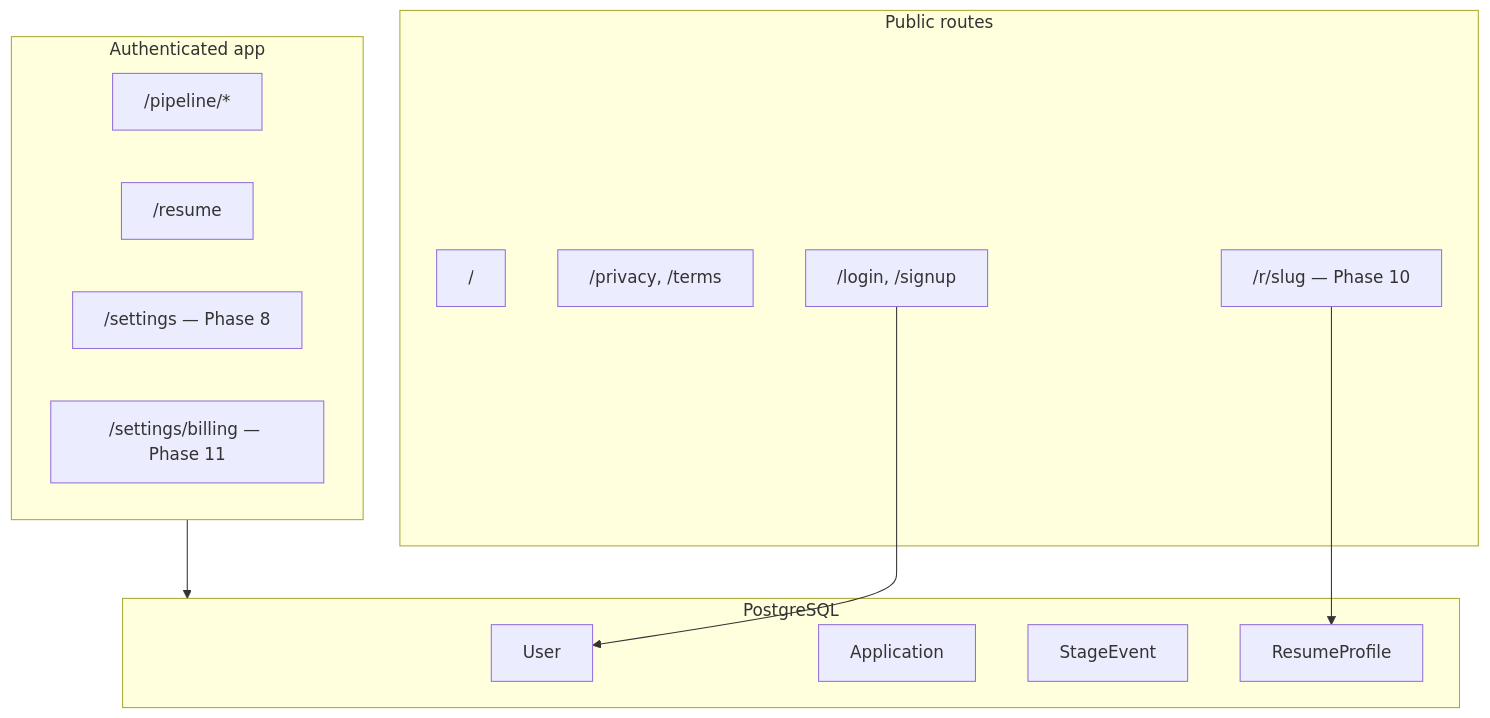
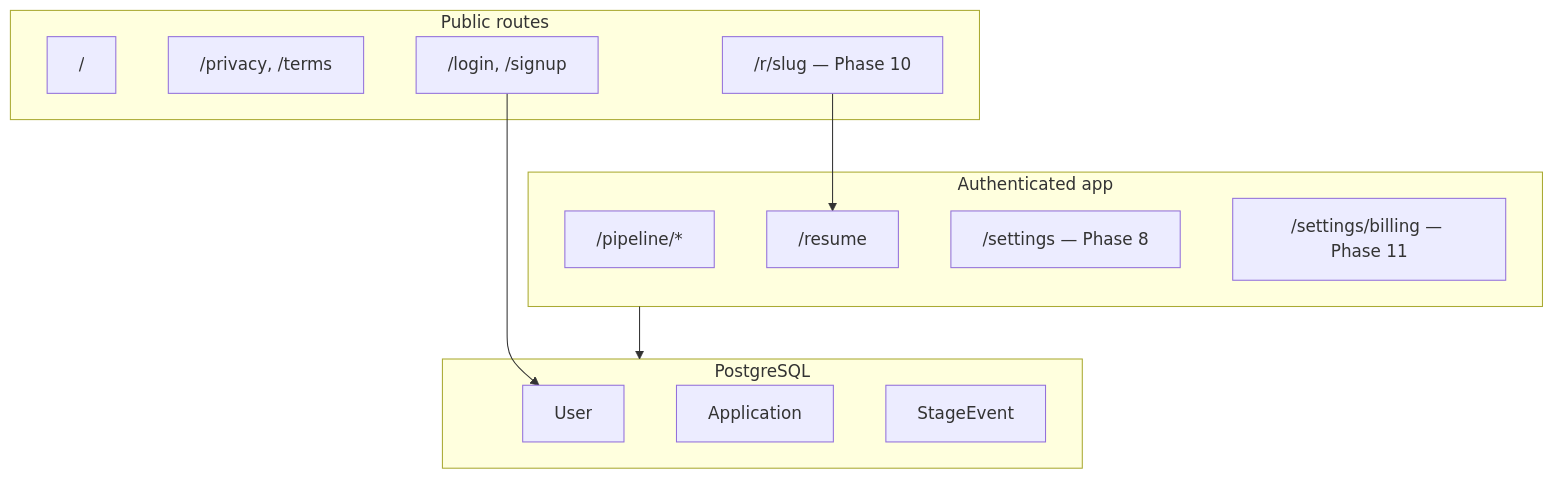
One commit to WebbDeveloping/job-finder changed the diagram in docs/SAAS.md. Above: the diagram before and after it, drawn with Mermaid. The commit also changed other lines of this file and 31 other files, not shown here.

````diff
--- a/docs/SAAS.md
+++ b/docs/SAAS.md
@@ -58,27 +58,27 @@
 ```mermaid
 flowchart TB
   subgraph public [Public routes]
     Landing["/"]
     Legal["/privacy, /terms"]
     AuthPages["/login, /signup"]
     PublicResume["/r/slug — Phase 10"]
   end
 
   subgraph app [Authenticated app]
     Pipeline["/pipeline/*"]
     Resume["/resume"]
     Settings["/settings — Phase 8"]
     Billing["/settings/billing — Phase 11"]
   end
 
   subgraph data [PostgreSQL]
     User
     Application
     StageEvent
-    ResumeProfile
+    Resume
   end
 
   AuthPages --> User
   app --> data
-  PublicResume --> ResumeProfile
+  PublicResume --> Resume
 ```
````
